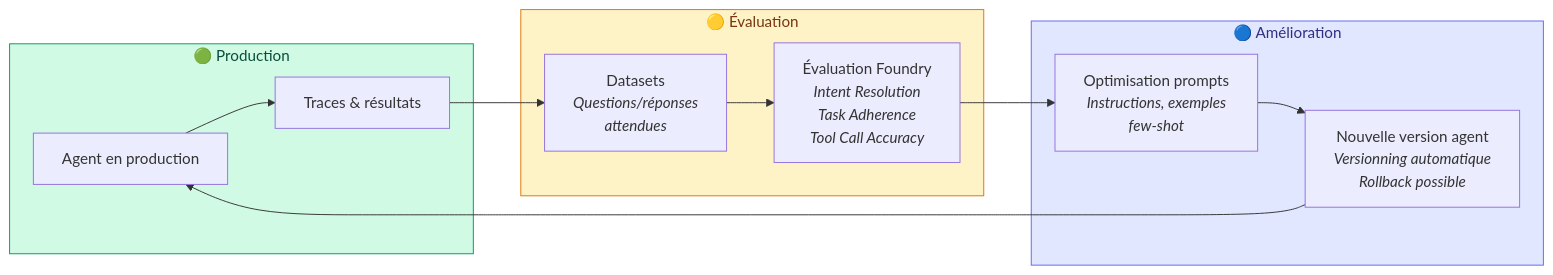
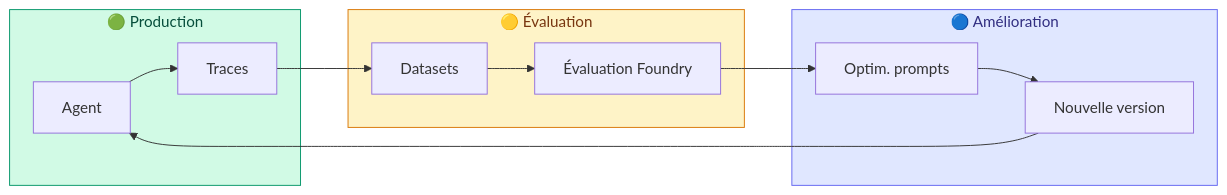
Before and after one commit to olivMertens/WorkbenchIQ: diagram 17 of 20 in docs/ARCHITECTURE-AGENTIC-V2-TARGET.md, drawn with Mermaid. The commit also changed other lines of this file and 6 other files, not shown here.

First line of the commit message:
Architecture docs: hybrid strategy, HITL, FAQ data locality, pipeline detail, PDF generator

````diff
--- a/docs/ARCHITECTURE-AGENTIC-V2-TARGET.md
+++ b/docs/ARCHITECTURE-AGENTIC-V2-TARGET.md
@@ -760,28 +784,18 @@
 ```mermaid
 graph LR
     subgraph PRODUCTION["🟢 Production"]
-        AGENT_PROD["Agent en production"]
-        TRACES["Traces & résultats"]
-        AGENT_PROD --> TRACES
+        AGENT_PROD["Agent"] --> TRACES["Traces"]
     end
-
     subgraph EVALUATION["🟡 Évaluation"]
-        DATASET["Datasets<br/><i>Questions/réponses<br/>attendues</i>"]
-        EVAL_RUN["Évaluation Foundry<br/><i>Intent Resolution<br/>Task Adherence<br/>Tool Call Accuracy</i>"]
-        DATASET --> EVAL_RUN
+        DATASET["Datasets"] --> EVAL_RUN["Évaluation Foundry"]
     end
-
     subgraph IMPROVEMENT["🔵 Amélioration"]
-        PROMPT_OPT["Optimisation prompts<br/><i>Instructions, exemples<br/>few-shot</i>"]
-        NEW_VERSION["Nouvelle version agent<br/><i>Versionning automatique<br/>Rollback possible</i>"]
-        PROMPT_OPT --> NEW_VERSION
+        PROMPT_OPT["Optim. prompts"] --> NEW_VERSION["Nouvelle version"]
     end
-
     TRACES --> DATASET
     EVAL_RUN --> PROMPT_OPT
     NEW_VERSION --> AGENT_PROD
-
     style PRODUCTION fill:#d1fae5,stroke:#059669,color:#064e3b
     style EVALUATION fill:#fef3c7,stroke:#d97706,color:#78350f
     style IMPROVEMENT fill:#e0e7ff,stroke:#6366f1,color:#312e81
 ```
````
